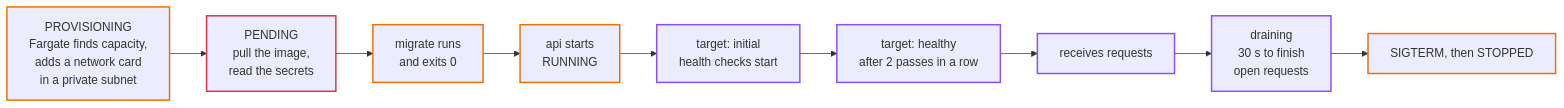
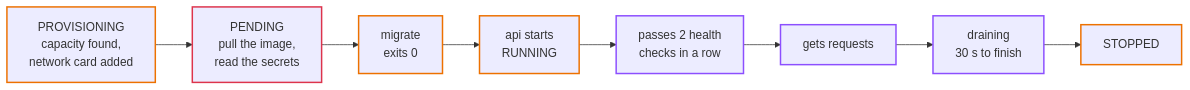
The second of 2 diagrams in docs/storybook/08-compute.md (shadreza/aws-three-tier-cloud-ref-architecture), drawn with Mermaid before and after one commit. The commit also changed other lines of this file and 23 other files, not shown here.

````diff
--- a/docs/storybook/08-compute.md
+++ b/docs/storybook/08-compute.md
@@ -98,17 +78,16 @@
 ```mermaid
 flowchart LR
-    prov["PROVISIONING<br/>Fargate finds capacity,<br/>adds a network card<br/>in a private subnet"] --> pend["PENDING<br/>pull the image,<br/>read the secrets"]
-    pend --> mig["migrate runs<br/>and exits 0"]
+    prov["PROVISIONING<br/>capacity found,<br/>network card added"] --> pend["PENDING<br/>pull the image,<br/>read the secrets"]
+    pend --> mig["migrate<br/>exits 0"]
     mig --> run["api starts<br/>RUNNING"]
-    run --> init["target: initial<br/>health checks start"]
-    init --> healthy["target: healthy<br/>after 2 passes in a row"]
-    healthy --> traffic["receives requests"]
-    traffic --> drain["draining<br/>30 s to finish<br/>open requests"]
-    drain --> stop["SIGTERM, then STOPPED"]
+    run --> healthy["passes 2 health<br/>checks in a row"]
+    healthy --> traffic["gets requests"]
+    traffic --> drain["draining<br/>30 s to finish"]
+    drain --> stop["STOPPED"]
     classDef compute stroke:#ED7100,stroke-width:2px
     classDef network stroke:#8C4FFF,stroke-width:2px
     classDef security stroke:#DD344C,stroke-width:2px
     class prov,run,mig,stop compute
     class pend security
-    class init,healthy,traffic,drain network
+    class healthy,traffic,drain network
 ```
````
